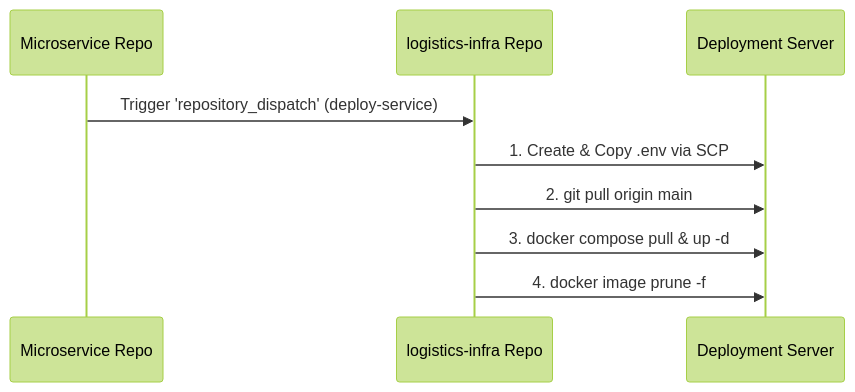
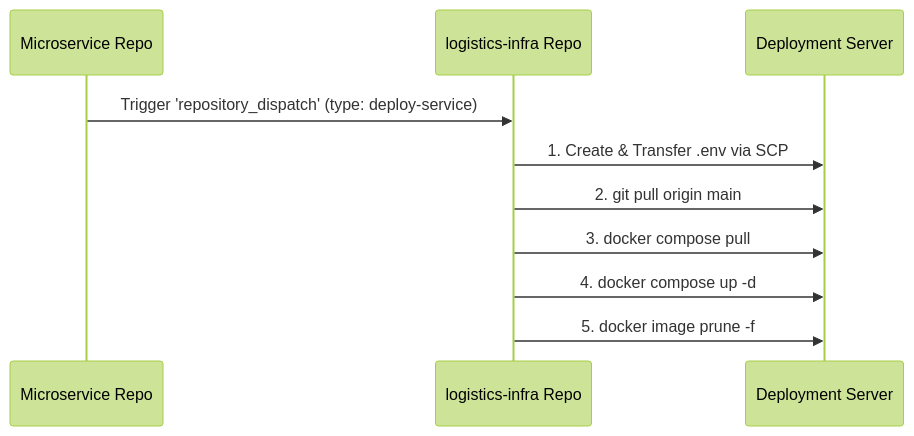
Before and after one commit to BaekmaLogistics/logistics-infra: the diagram in README.md, drawn with Mermaid (forest theme). The commit also changed other lines of this file, not shown here.

````diff
--- a/README.md
+++ b/README.md
@@ -44,12 +98,13 @@
 ```mermaid
 sequenceDiagram
     participant Microservice as Microservice Repo
     participant InfraRepo as logistics-infra Repo
     participant Server as Deployment Server
     
-    Microservice->>InfraRepo: Trigger 'repository_dispatch' (deploy-service)
-    InfraRepo->>Server: 1. Create & Copy .env via SCP
+    Microservice->>InfraRepo: Trigger 'repository_dispatch' (type: deploy-service)
+    InfraRepo->>Server: 1. Create & Transfer .env via SCP
     InfraRepo->>Server: 2. git pull origin main
-    InfraRepo->>Server: 3. docker compose pull & up -d
-    InfraRepo->>Server: 4. docker image prune -f
+    InfraRepo->>Server: 3. docker compose pull
+    InfraRepo->>Server: 4. docker compose up -d
+    InfraRepo->>Server: 5. docker image prune -f
 ```
````
